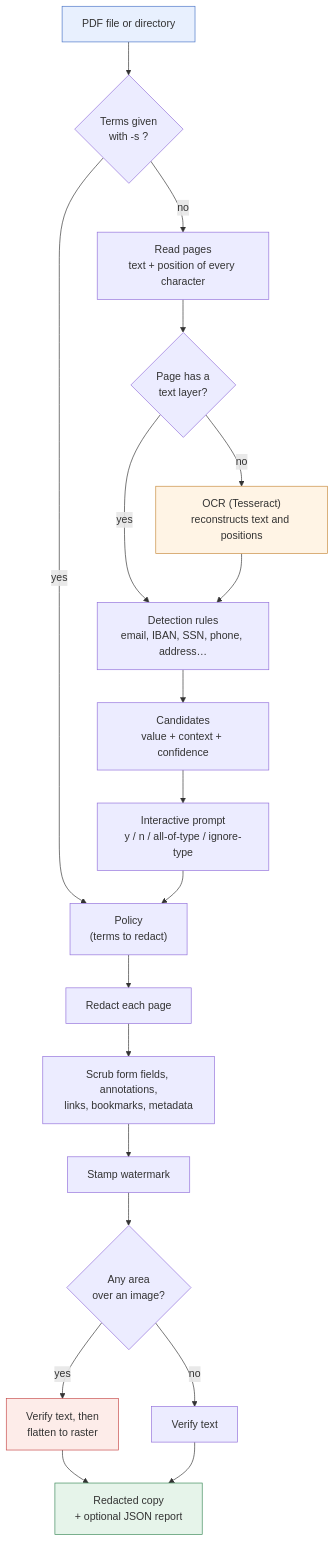
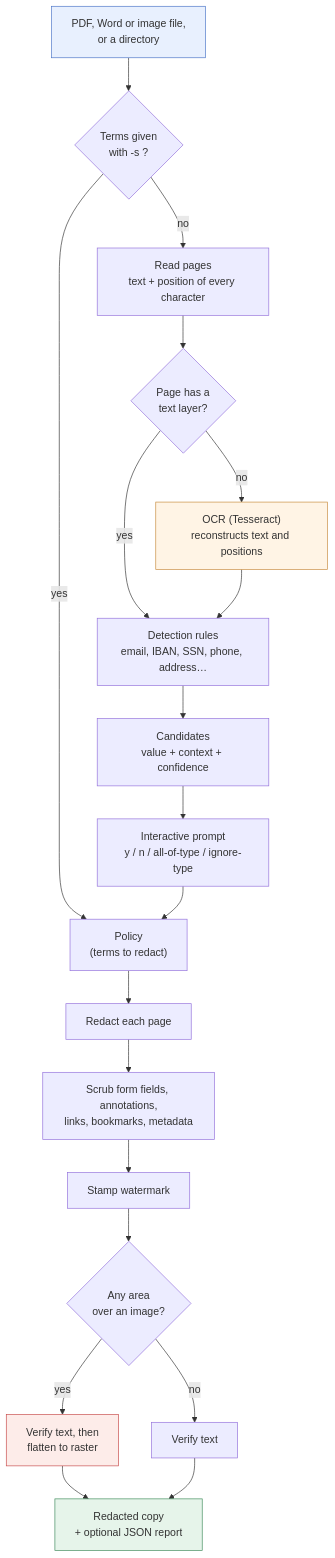
The first of 2 diagrams in README.md (3ldidi94/RedactEz), drawn with Mermaid before and after one commit. The commit also changed other lines of this file and 12 other files, not shown here.

First line of the commit message:
RedactEz 2.2: Word and image formats, name variants, more identifiers

````diff
--- a/README.md
+++ b/README.md
@@ -33,30 +35,30 @@
 ```mermaid
 flowchart TD
-    A["PDF file or directory"] --> B{"Terms given<br/>with -s ?"}
+    A["PDF, Word or image file,<br/>or a directory"] --> B{"Terms given<br/>with -s ?"}
 
     B -- yes --> P["Policy<br/>(terms to redact)"]
     B -- no --> C["Read pages<br/>text + position of every character"]
 
     C --> D{"Page has a<br/>text layer?"}
     D -- no --> E["OCR (Tesseract)<br/>reconstructs text and positions"]
     D -- yes --> F["Detection rules<br/>email, IBAN, SSN, phone, address…"]
     E --> F
 
     F --> G["Candidates<br/>value + context + confidence"]
     G --> H["Interactive prompt<br/>y / n / all-of-type / ignore-type"]
     H --> P
 
     P --> I["Redact each page"]
     I --> J["Scrub form fields, annotations,<br/>links, bookmarks, metadata"]
     J --> K["Stamp watermark"]
     K --> L{"Any area<br/>over an image?"}
     L -- yes --> M["Verify text, then<br/>flatten to raster"]
     L -- no --> N["Verify text"]
     M --> O["Redacted copy<br/>+ optional JSON report"]
     N --> O
 
     style A fill:#e8f0fe,stroke:#4a75c7
     style O fill:#e6f4ea,stroke:#3d8a5a
     style E fill:#fff4e5,stroke:#c78a3d
     style M fill:#fdece9,stroke:#c74a4a
 ```
````
